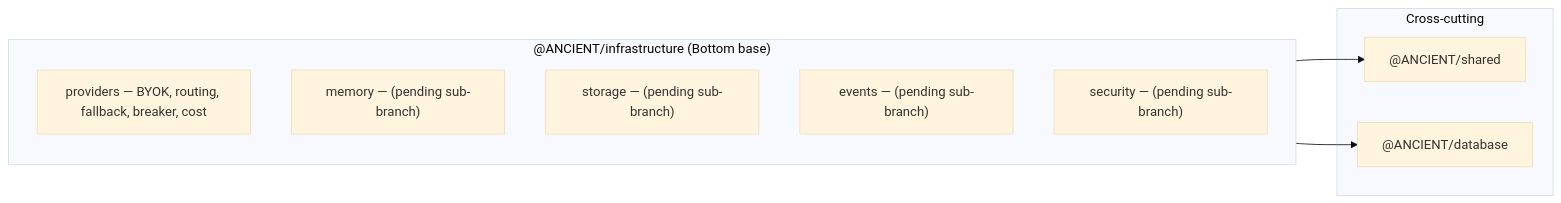
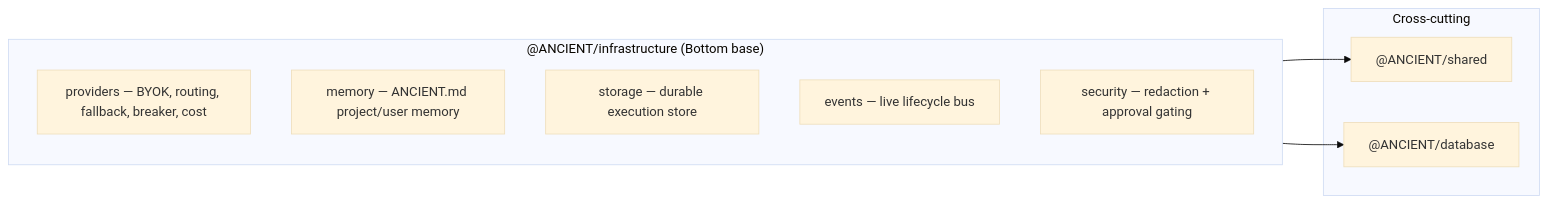
Before and after one commit to D-engahmed/ancient: the diagram in docs/architecture/INFRASTRUCTURE.md, drawn with Mermaid (base theme). The commit also changed other lines of this file, not shown here.

First line of the commit message:
docs(infrastructure): finalize layer 07 — all five sub-layers wired, verification updated

````diff
--- a/docs/architecture/INFRASTRUCTURE.md
+++ b/docs/architecture/INFRASTRUCTURE.md
@@ -9,16 +9,16 @@
 ```mermaid
 flowchart LR
     subgraph INFRA["@ANCIENT/infrastructure (Bottom base)"]
         P["providers — BYOK, routing, fallback, breaker, cost"]
-        M["memory — (pending sub-branch)"]
-        S["storage — (pending sub-branch)"]
-        E["events — (pending sub-branch)"]
-        SEC["security — (pending sub-branch)"]
+        M["memory — ANCIENT.md project/user memory"]
+        S["storage — durable execution store"]
+        E["events — live lifecycle bus"]
+        SEC["security — redaction + approval gating"]
     end
     subgraph BASE["Cross-cutting"]
         SHARED["@ANCIENT/shared"]
         DB["@ANCIENT/database"]
     end
     INFRA --> SHARED
     INFRA --> DB
 ```
````
